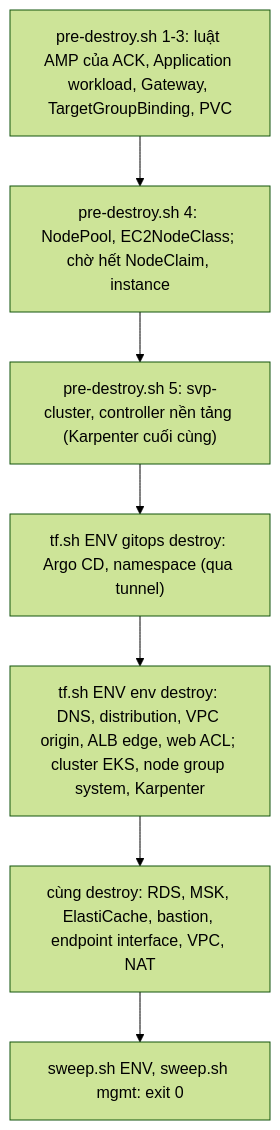
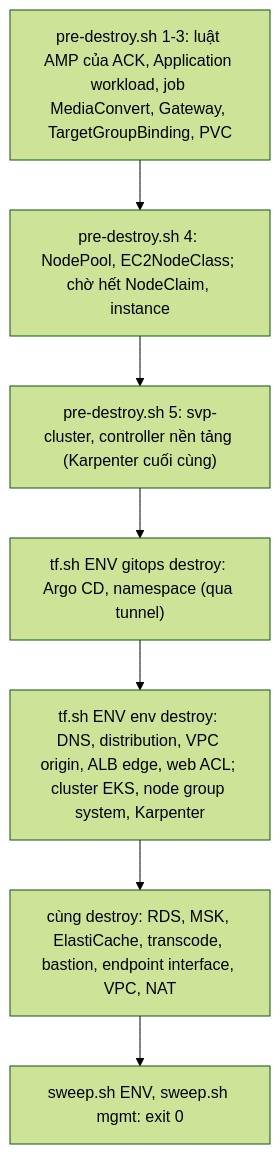
The fifth of 5 diagrams in README.md (anhnvcoder/svp-infra), drawn with Mermaid (forest theme) before and after one commit. The commit also changed other lines of this file and 39 other files, not shown here.

First line of the commit message:
feat: MediaConvert transcode module, endpoint and session scripts (#40)

````diff
--- a/README.md
+++ b/README.md
@@ -382,9 +408,9 @@
 ```mermaid
 flowchart TD
-    A["pre-destroy.sh 1-3: luật AMP của ACK, Application workload, Gateway, TargetGroupBinding, PVC"] --> B["pre-destroy.sh 4: NodePool, EC2NodeClass; chờ hết NodeClaim, instance"]
+    A["pre-destroy.sh 1-3: luật AMP của ACK, Application workload, job MediaConvert, Gateway, TargetGroupBinding, PVC"] --> B["pre-destroy.sh 4: NodePool, EC2NodeClass; chờ hết NodeClaim, instance"]
     B --> C["pre-destroy.sh 5: svp-cluster, controller nền tảng (Karpenter cuối cùng)"]
     C --> D["tf.sh ENV gitops destroy: Argo CD, namespace (qua tunnel)"]
     D --> E["tf.sh ENV env destroy: DNS, distribution, VPC origin, ALB edge, web ACL; cluster EKS, node group system, Karpenter"]
-    E --> F["cùng destroy: RDS, MSK, ElastiCache, bastion, endpoint interface, VPC, NAT"]
+    E --> F["cùng destroy: RDS, MSK, ElastiCache, transcode, bastion, endpoint interface, VPC, NAT"]
     F --> G["sweep.sh ENV, sweep.sh mgmt: exit 0"]
 ```
````
